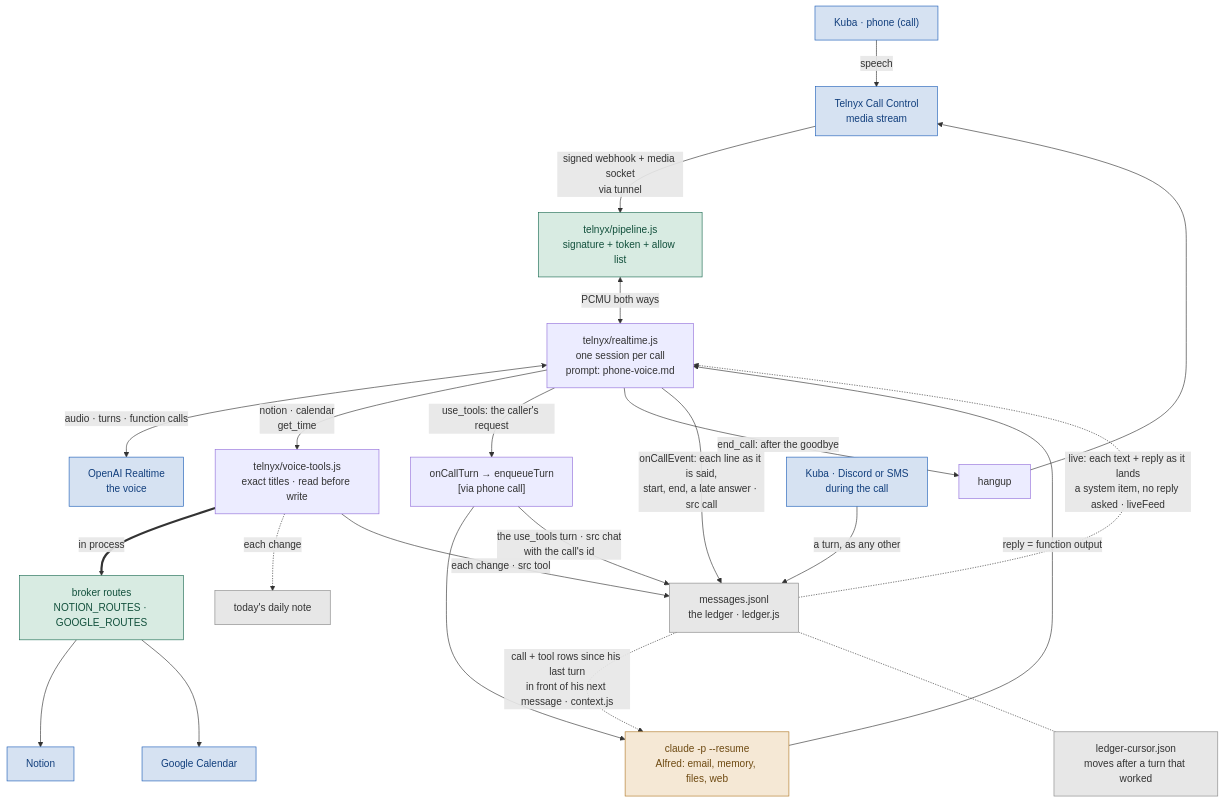
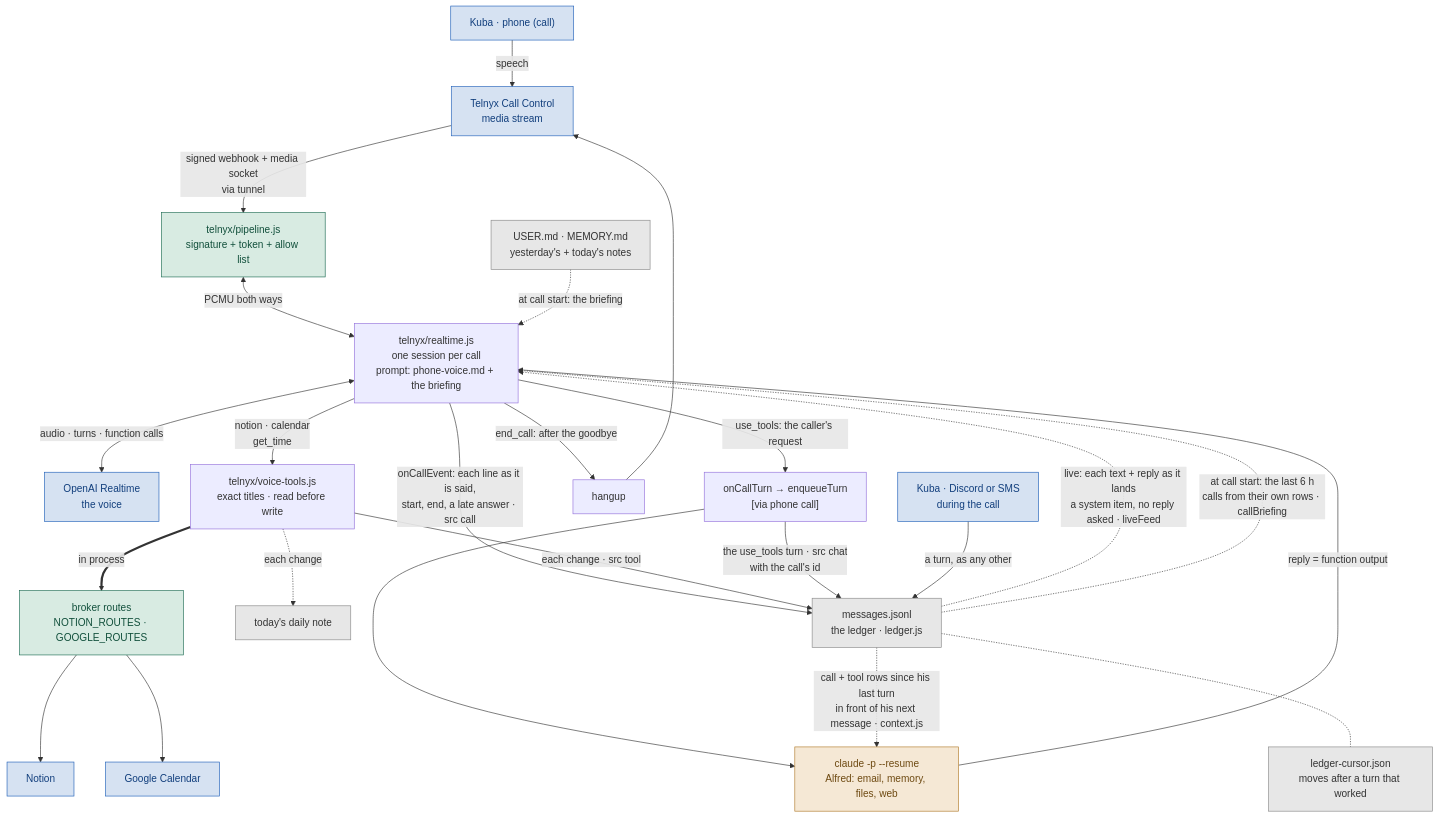
One commit to KubaJerz/alfred-node changed the second of 7 diagrams in SYSTEM-MAP.md. Above: the diagram before and after it, drawn with Mermaid. The commit also changed other lines of this file and 16 other files, not shown here.

````diff
--- a/SYSTEM-MAP.md
+++ b/SYSTEM-MAP.md
@@ -221,32 +223,34 @@
 ```mermaid
 flowchart TD
     CALL["Kuba · phone (call)"] -->|speech| CC["Telnyx Call Control<br/>media stream"]
     CC -->|"signed webhook + media socket<br/>via tunnel"| VP["telnyx/pipeline.js<br/>signature + token + allow list"]
-    VP <-->|"PCMU both ways"| RT["telnyx/realtime.js<br/>one session per call<br/>prompt: phone-voice.md"]
+    VP <-->|"PCMU both ways"| RT["telnyx/realtime.js<br/>one session per call<br/>prompt: phone-voice.md + the briefing"]
     RT <-->|"audio · turns · function calls"| OA["OpenAI Realtime<br/>the voice"]
     RT -->|"notion · calendar<br/>get_time"| VT["telnyx/voice-tools.js<br/>exact titles · read before write"]
     VT ==>|"in process"| BR["broker routes<br/>NOTION_ROUTES · GOOGLE_ROUTES"]
     BR --> N["Notion"]
     BR --> G["Google Calendar"]
     VT -.->|"each change"| NOTE["today's daily note"]
     RT -->|"use_tools: the caller's request"| Q["onCallTurn → enqueueTurn<br/>[via phone call]"]
     Q --> SPAWN["claude -p --resume<br/>Alfred: email, memory, files, web"]
     SPAWN -->|"reply = function output"| RT
     RT -->|"end_call: after the goodbye"| HU["hangup"]
     HU --> CC
     RT -->|"onCallEvent: each line as it is said,<br/>start, end, a late answer · src call"| LED["messages.jsonl<br/>the ledger · ledger.js"]
     VT -->|"each change · src tool"| LED
     Q -->|"the use_tools turn · src chat<br/>with the call's id"| LED
     LED -.->|"call + tool rows since his last turn<br/>in front of his next message · context.js"| SPAWN
     LED -.- CUR["ledger-cursor.json<br/>moves after a turn that worked"]
     TXT["Kuba · Discord or SMS<br/>during the call"] -->|"a turn, as any other"| LED
     LED -.->|"live: each text + reply as it lands<br/>a system item, no reply asked · liveFeed"| RT
+    LED -.->|"at call start: the last 6 h<br/>calls from their own rows · callBriefing"| RT
+    MEMF["USER.md · MEMORY.md<br/>yesterday's + today's notes"] -.->|"at call start: the briefing"| RT
     classDef external fill:#d6e2f2,stroke:#1f5fb8,color:#123f7d
     classDef gateway fill:#d8ebe2,stroke:#1b6b52,color:#12503c
     classDef stack fill:#f5e8d5,stroke:#b07a2a,color:#6e4a12
     classDef store fill:#e7e7e7,stroke:#888,color:#333
     class CALL,CC,OA,N,G,TXT external
     class VP,BR gateway
     class SPAWN stack
-    class LED,CUR,NOTE store
+    class LED,CUR,NOTE,MEMF store
 ```
````
